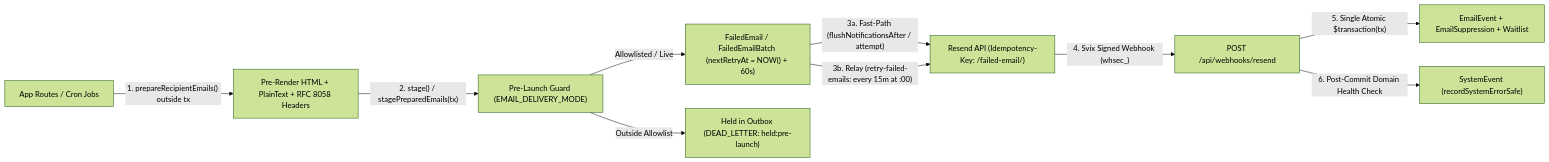
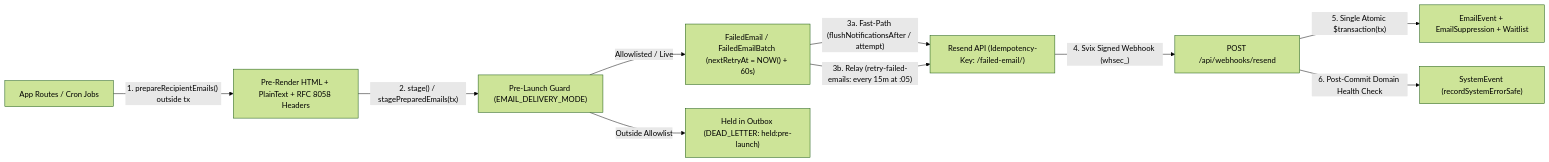
One commit to Practitionist/familiarise_web changed the first of 4 diagrams in docs/email/README.md. Above: the diagram before and after it, drawn with Mermaid (forest theme). The commit also changed other lines of this file and 18 other files, not shown here.

````diff
--- a/docs/email/README.md
+++ b/docs/email/README.md
@@ -17,12 +17,12 @@
 ```mermaid
 flowchart LR
     App["App Routes / Cron Jobs"] -->|"1. prepareRecipientEmails() outside tx"| Render["Pre-Render HTML + PlainText + RFC 8058 Headers"]
     Render -->|"2. stage() / stagePreparedEmails(tx)"| Guard["Pre-Launch Guard (EMAIL_DELIVERY_MODE)"]
     Guard -->|"Allowlisted / Live"| Outbox["FailedEmail / FailedEmailBatch (nextRetryAt = NOW() + 60s)"]
     Guard -->|"Outside Allowlist"| Held["Held in Outbox (DEAD_LETTER: held:pre-launch)"]
     Outbox -->|"3a. Fast-Path (flushNotificationsAfter / attempt)"| Resend["Resend API (Idempotency-Key: <TYPE>/failed-email/<id>)"]
-    Outbox -->|"3b. Relay (retry-failed-emails: every 15m at :00)"| Resend
+    Outbox -->|"3b. Relay (retry-failed-emails: every 15m at :05)"| Resend
     Resend -->|"4. Svix Signed Webhook (whsec_)"| Webhook["POST /api/webhooks/resend"]
     Webhook -->|"5. Single Atomic $transaction(tx)"| Tables["EmailEvent + EmailSuppression + Waitlist"]
     Webhook -->|"6. Post-Commit Domain Health Check"| SystemEvent["SystemEvent (recordSystemErrorSafe)"]
 ```
````
